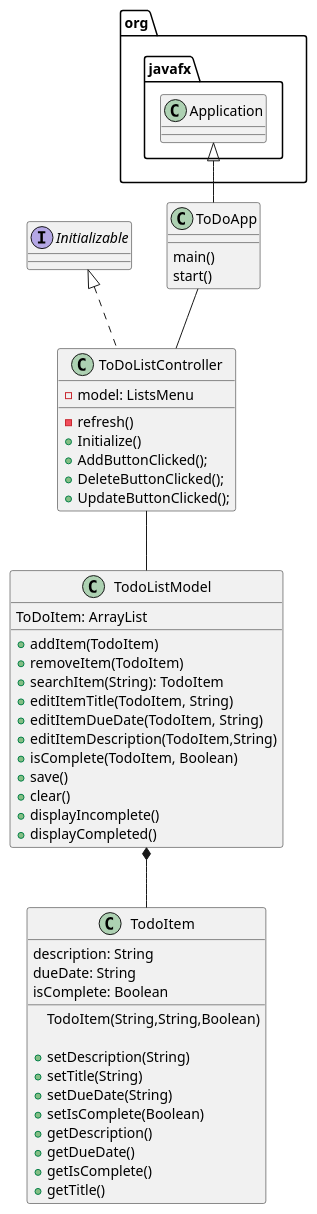
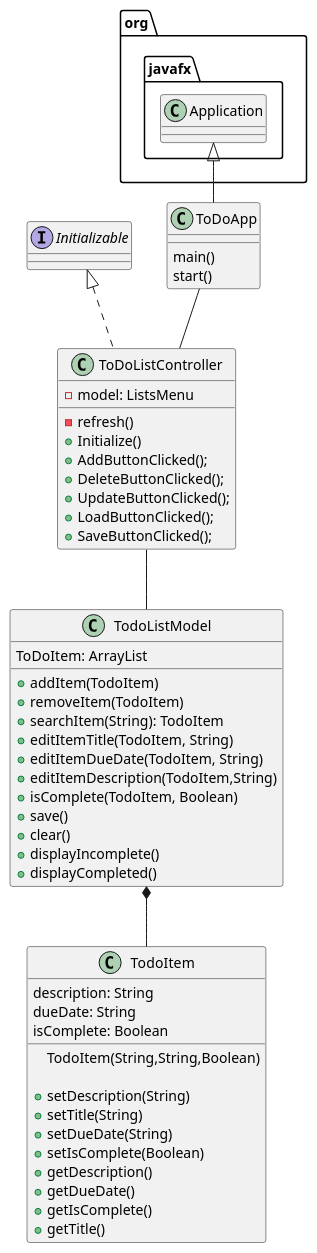
The diagram in uml/ToDoList.puml (dangh2809/dang-cop3330-assignment4part2), drawn with PlantUML before and after one commit. The commit also changed 4 other files, not shown here.

```diff
--- a/uml/ToDoList.puml
+++ b/uml/ToDoList.puml
@@ -1,55 +1,57 @@
 @startuml
 'https://plantuml.com/class-diagram
 class ToDoApp extends org.javafx.Application{
     main()
     start()
 }
 class ToDoListController implements Initializable{
     -model: ListsMenu
     -refresh()
     'GUI event handlers
     +Initialize()
     +AddButtonClicked();
     +DeleteButtonClicked();
     +UpdateButtonClicked();
+    +LoadButtonClicked();
+    +SaveButtonClicked();
 }
 
 class TodoListModel{
     ToDoItem: ArrayList
 
     +addItem(TodoItem)
     +removeItem(TodoItem)
     +searchItem(String): TodoItem
     +editItemTitle(TodoItem, String)
     +editItemDueDate(TodoItem, String)
     +editItemDescription(TodoItem,String)
     +isComplete(TodoItem, Boolean)
     +save()
     +clear()
     +displayIncomplete()
     +displayCompleted()
 }
 class TodoItem{
     description: String
     dueDate: String
     isComplete: Boolean
 
 
     TodoItem(String,String,Boolean)
 
     +setDescription(String)
     +setTitle(String)
     +setDueDate(String)
     +setIsComplete(Boolean)
     +getDescription()
     +getDueDate()
     +getIsComplete()
     +getTitle()
 
 }
 
 
 ToDoApp -- ToDoListController
 ToDoListController -- TodoListModel
 TodoListModel *-- TodoItem
 @enduml
```
